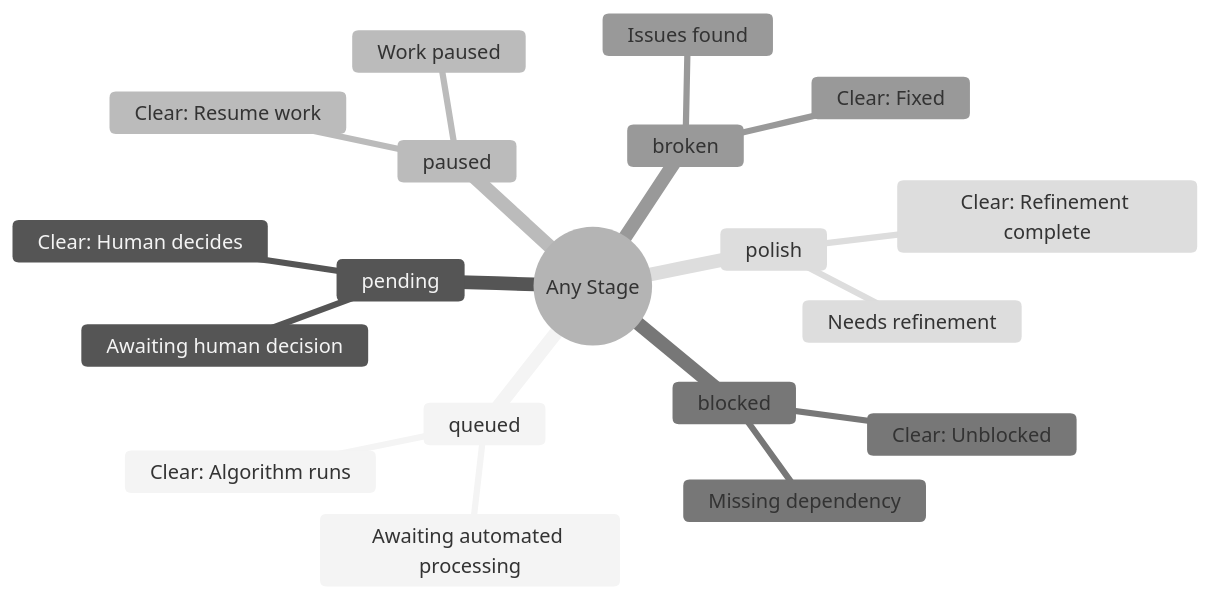
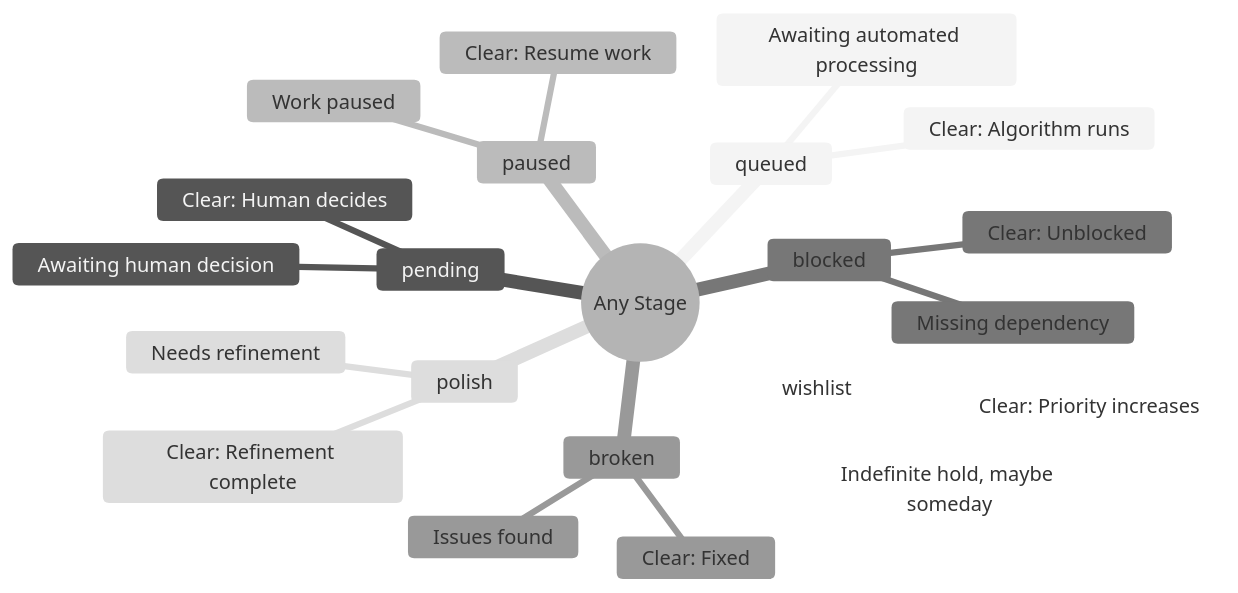
One commit to Mharbulous/SyncoPaid changed the second of 11 diagrams in .claude/skills/story-tree/references/workflow-diagrams.md. Above: the diagram before and after it, drawn with Mermaid (neutral theme). The commit also changed other lines of this file and 11 other files, not shown here.

First line of the commit message:
refactor(workflow): reclassify wishlist from disposition to hold_reason

````diff
--- a/.claude/skills/story-tree/references/workflow-diagrams.md
+++ b/.claude/skills/story-tree/references/workflow-diagrams.md
@@ -99,22 +99,25 @@
 ```mermaid
 mindmap
   root((Any Stage))
     queued
       Awaiting automated processing
       Clear: Algorithm runs
     pending
       Awaiting human decision
       Clear: Human decides
     paused
       Work paused
       Clear: Resume work
     blocked
       Missing dependency
       Clear: Unblocked
     broken
       Issues found
       Clear: Fixed
     polish
       Needs refinement
       Clear: Refinement complete
+    wishlist
+      Indefinite hold, maybe someday
+      Clear: Priority increases
 ```
````
